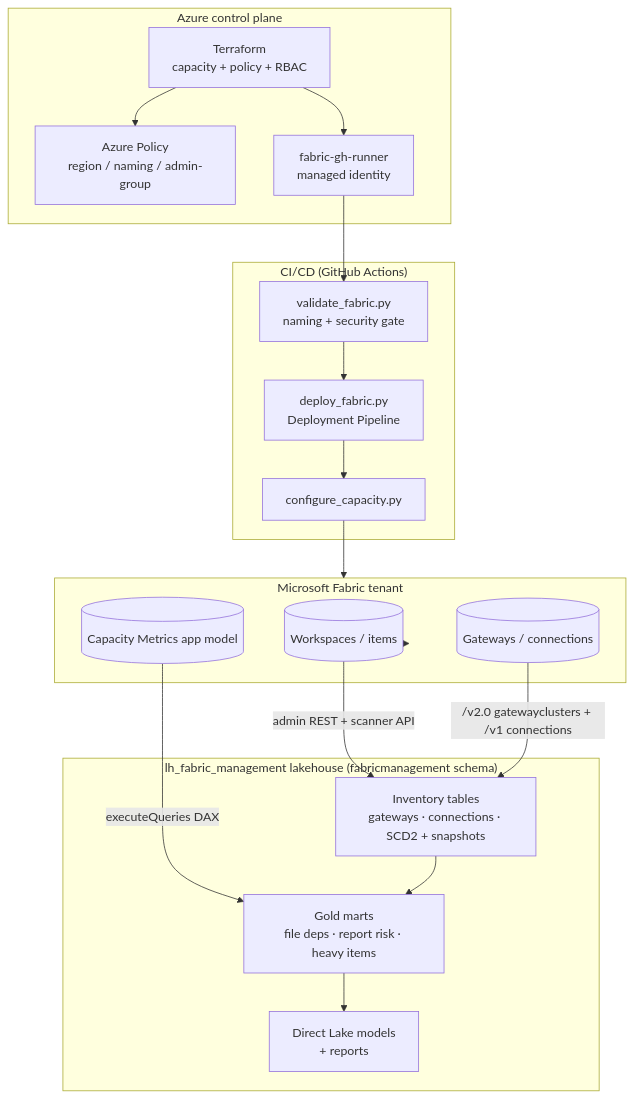
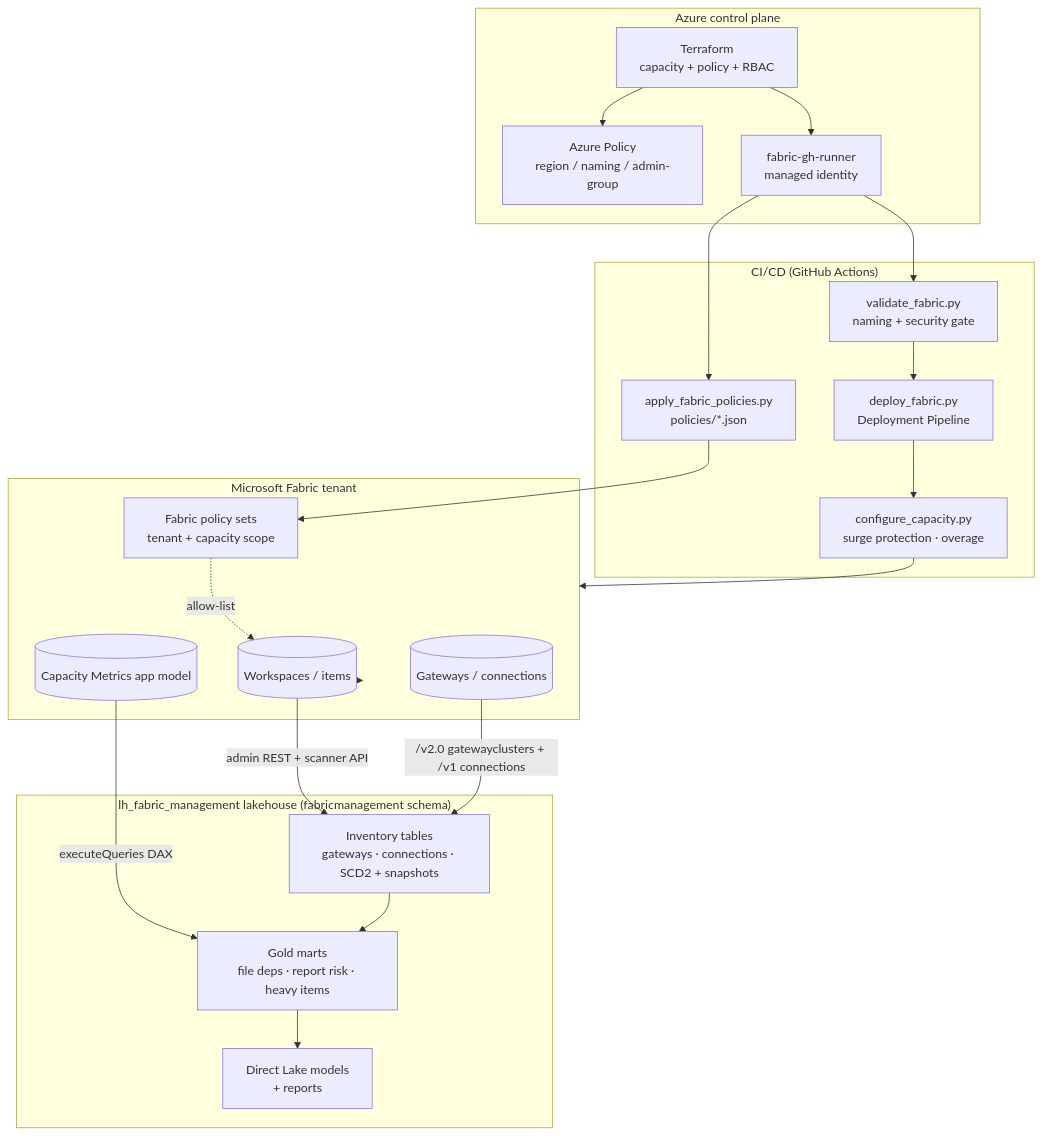
The diagram in docs/architecture.md (jdanton/FabricWAF), drawn with Mermaid before and after one commit. The commit also changed other lines of this file and 29 other files, not shown here.

````diff
--- a/docs/architecture.md
+++ b/docs/architecture.md
@@ -16,32 +18,36 @@
 ```mermaid
 flowchart TB
     subgraph Azure["Azure control plane"]
         TF[Terraform<br/>capacity + policy + RBAC]
         POL[Azure Policy<br/>region / naming / admin-group]
         MI[fabric-gh-runner<br/>managed identity]
     end
     subgraph CI["CI/CD (GitHub Actions)"]
         VAL[validate_fabric.py<br/>naming + security gate]
         DEP[deploy_fabric.py<br/>Deployment Pipeline]
-        CAP[configure_capacity.py]
+        CAP[configure_capacity.py<br/>surge protection · overage]
+        FPOL[apply_fabric_policies.py<br/>policies/*.json]
     end
     subgraph Tenant["Microsoft Fabric tenant"]
         WS[(Workspaces / items)]
         GW[(Gateways / connections)]
         CM[(Capacity Metrics app model)]
+        PS[Fabric policy sets<br/>tenant + capacity scope]
     end
     subgraph LH["lh_fabric_management lakehouse (fabricmanagement schema)"]
         INV[Inventory tables<br/>gateways · connections · SCD2 + snapshots]
         GOLD[Gold marts<br/>file deps · report risk · heavy items]
         SM[Direct Lake models<br/>+ reports]
     end
 
     TF --> POL
     TF --> MI
     MI --> VAL --> DEP --> CAP --> Tenant
+    MI --> FPOL --> PS
+    PS -. allow-list .-> WS
     Tenant --> WS
     WS -->|admin REST + scanner API| INV
     GW -->|/v2.0 gatewayclusters + /v1 connections| INV
     CM -->|executeQueries DAX| GOLD
     INV --> GOLD --> SM
 ```
````
